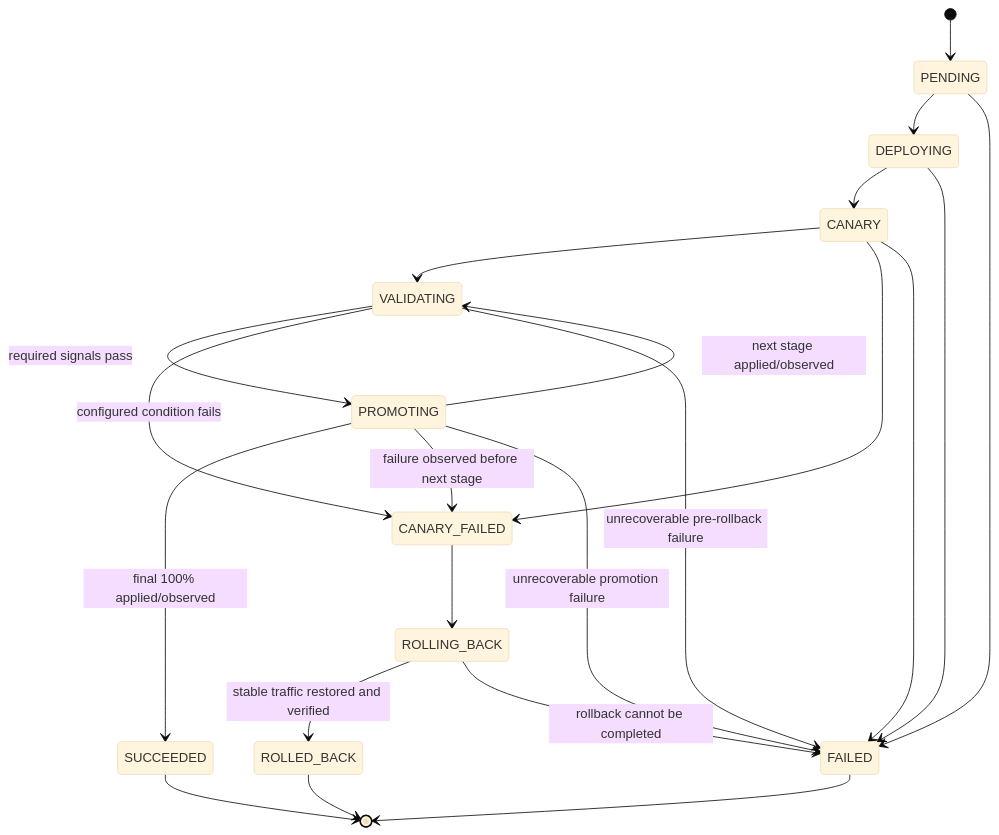
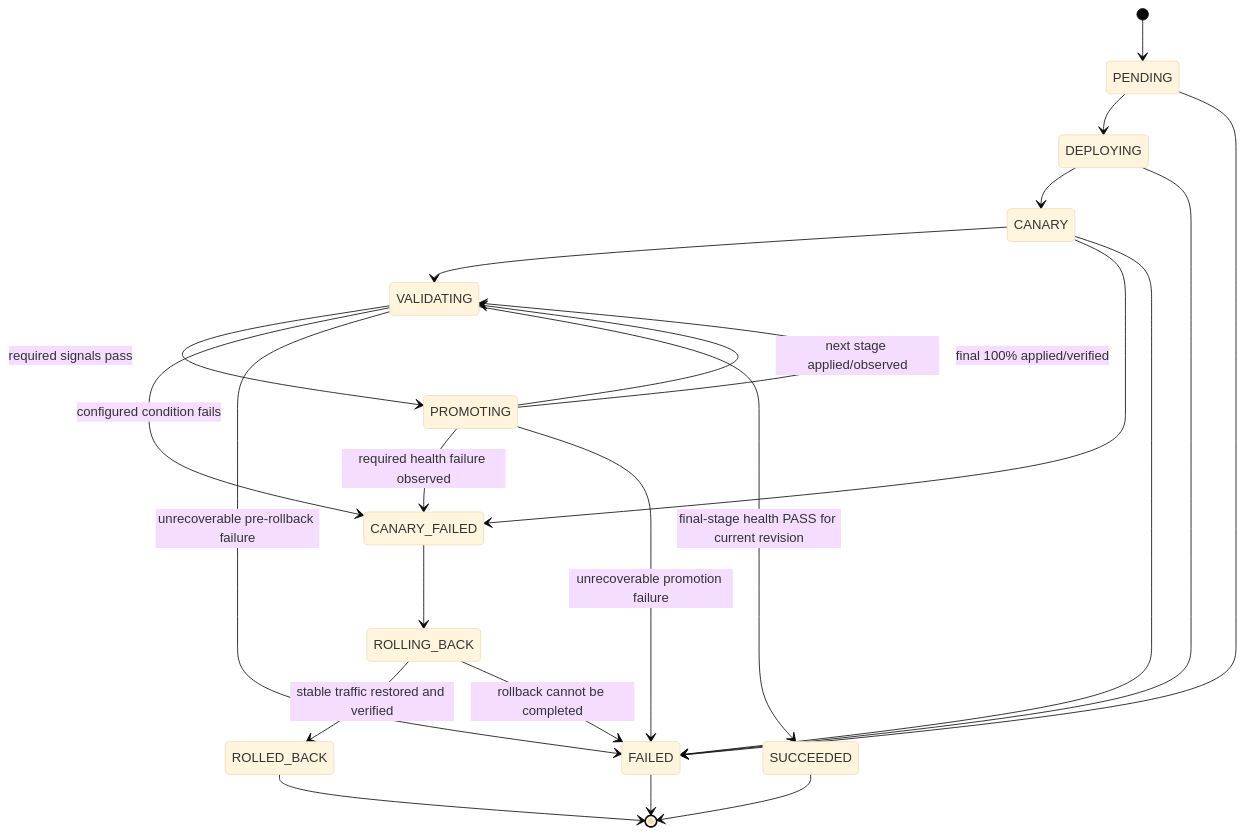
One commit to santhosh-1974/Cloud-Native-Deployment-and-Reliability-Control-Plane changed the third of 5 diagrams in docs/ARCHITECTURE.md. Above: the diagram before and after it, drawn with Mermaid (base theme). The commit also changed other lines of this file and 35 other files, not shown here.

````diff
--- a/docs/ARCHITECTURE.md
+++ b/docs/ARCHITECTURE.md
@@ -152,24 +187,25 @@
 ```mermaid
 stateDiagram-v2
     [*] --> PENDING
     PENDING --> DEPLOYING
     PENDING --> FAILED
     DEPLOYING --> CANARY
     DEPLOYING --> FAILED
     CANARY --> VALIDATING
     CANARY --> CANARY_FAILED
     CANARY --> FAILED
     VALIDATING --> PROMOTING: required signals pass
     VALIDATING --> CANARY_FAILED: configured condition fails
     VALIDATING --> FAILED: unrecoverable pre-rollback failure
     PROMOTING --> VALIDATING: next stage applied/observed
-    PROMOTING --> SUCCEEDED: final 100% applied/observed
-    PROMOTING --> CANARY_FAILED: failure observed before next stage
+    PROMOTING --> VALIDATING: final 100% applied/verified
+    VALIDATING --> SUCCEEDED: final-stage health PASS for current revision
+    PROMOTING --> CANARY_FAILED: required health failure observed
     PROMOTING --> FAILED: unrecoverable promotion failure
     CANARY_FAILED --> ROLLING_BACK
     ROLLING_BACK --> ROLLED_BACK: stable traffic restored and verified
     ROLLING_BACK --> FAILED: rollback cannot be completed
     SUCCEEDED --> [*]
     ROLLED_BACK --> [*]
     FAILED --> [*]
 ```
````
